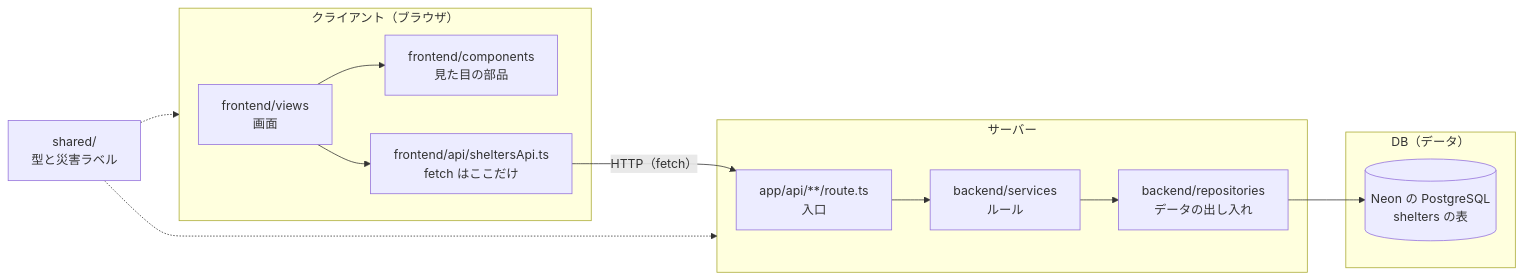
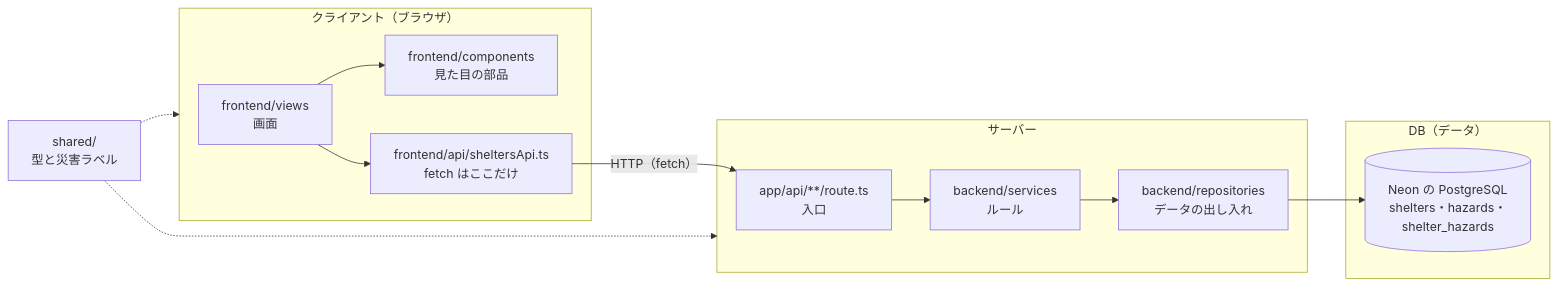
Before and after one commit to CROSS9111/opendata-app-db: the first of 2 diagrams in CLAUDE.md, drawn with Mermaid. The commit also changed other lines of this file and 22 other files, not shown here.

First line of the commit message:
本物のデータの版：国土地理院の指定緊急避難場所（静岡市402か所）を3つの表に分けて入れ、地図と種類ごとの件数つきの絞り込みを足す

````diff
--- a/CLAUDE.md
+++ b/CLAUDE.md
@@ -29,18 +29,18 @@
 ```mermaid
 flowchart LR
   subgraph C["クライアント（ブラウザ）"]
     V["frontend/views<br/>画面"] --> CP["frontend/components<br/>見た目の部品"]
     V --> A["frontend/api/sheltersApi.ts<br/>fetch はここだけ"]
   end
   subgraph S["サーバー"]
     R["app/api/**/route.ts<br/>入口"] --> SV["backend/services<br/>ルール"]
     SV --> RP["backend/repositories<br/>データの出し入れ"]
   end
   subgraph D["DB（データ）"]
-    J[("Neon の PostgreSQL<br/>shelters の表")]
+    J[("Neon の PostgreSQL<br/>shelters・hazards・shelter_hazards")]
   end
   A -- "HTTP（fetch）" --> R
   RP --> J
   SH["shared/<br/>型と災害ラベル"] -.-> C
   SH -.-> S
 ```
````
